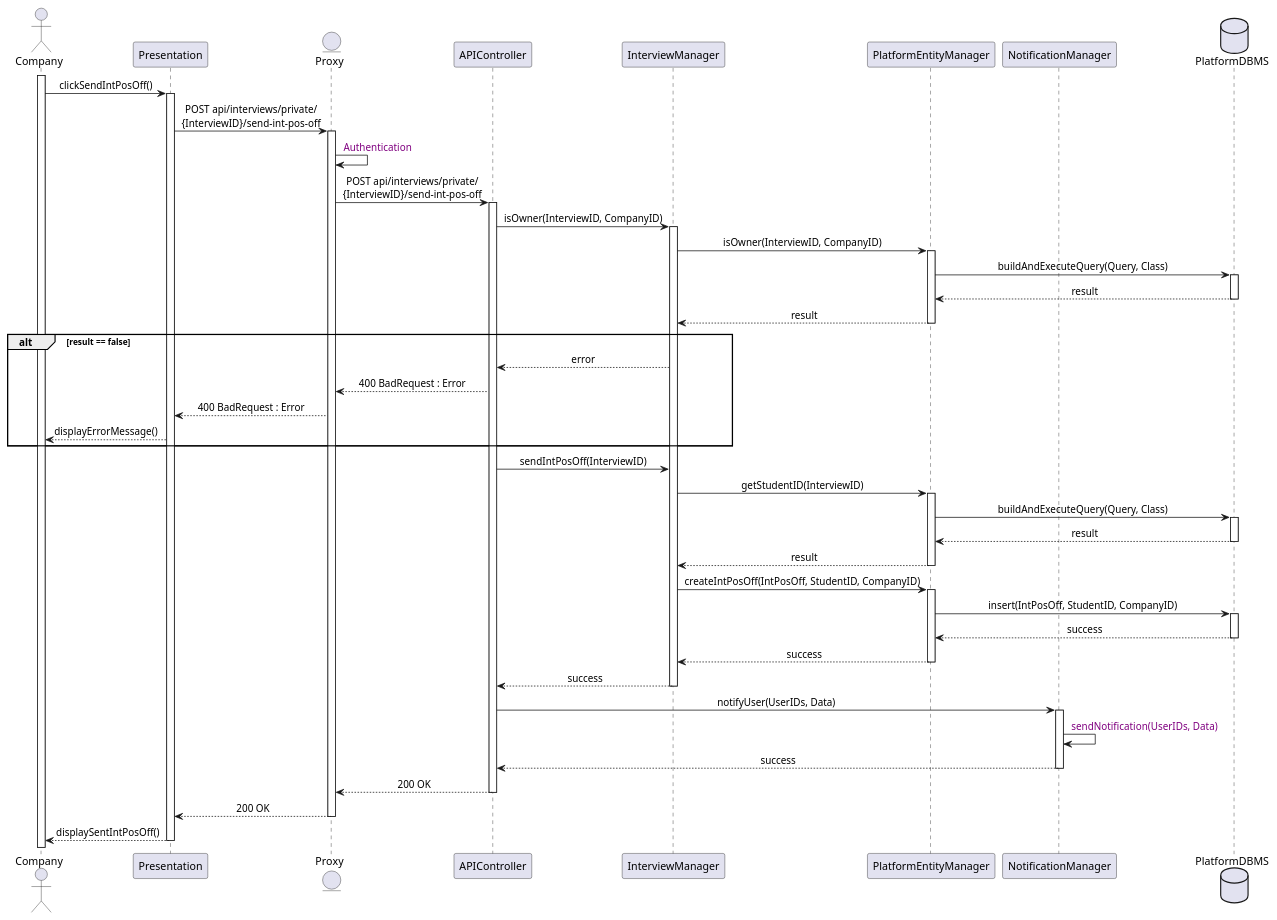
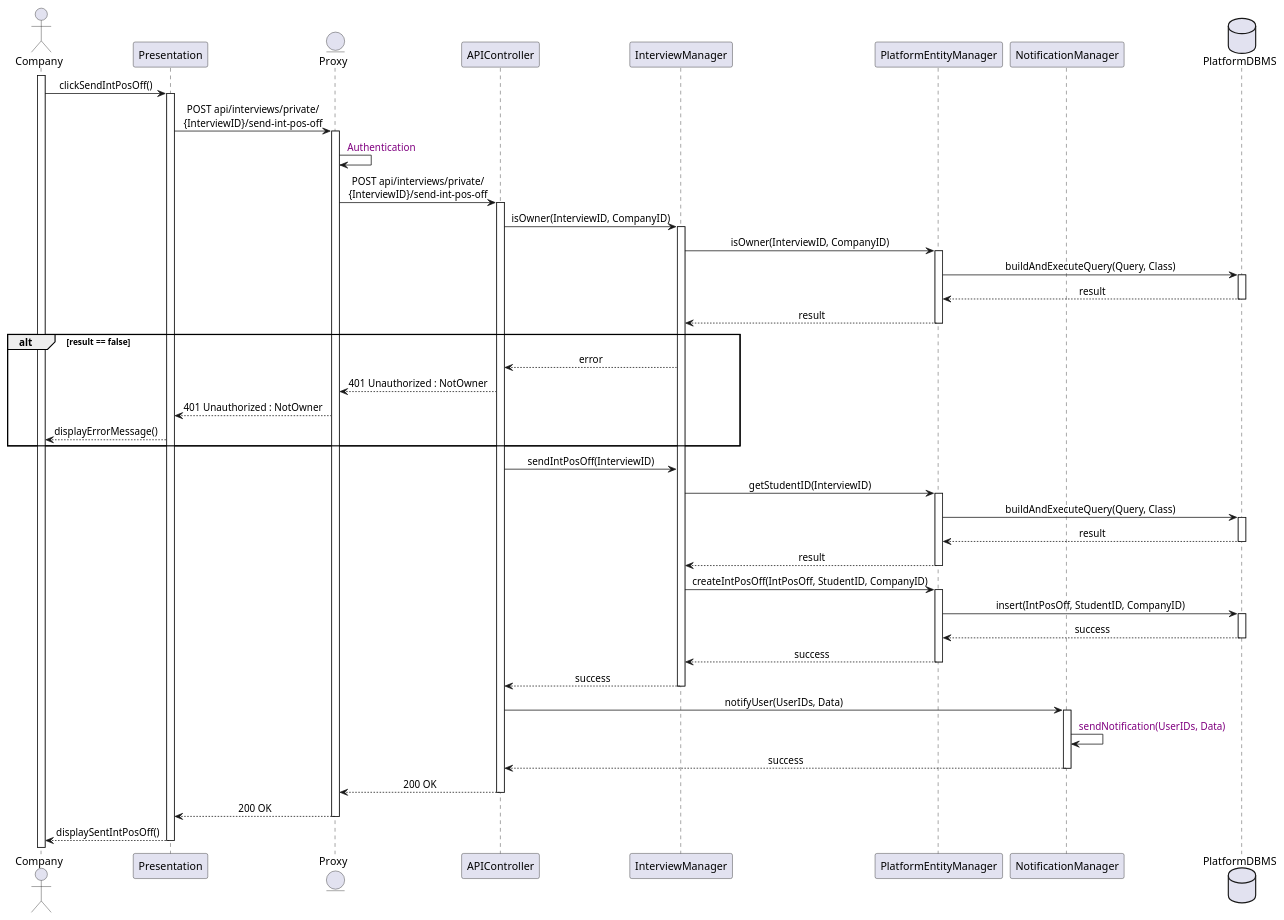
Before and after one commit to Slaitroc/RicciPaoliGrisoni: the diagram in Diagrams/SequenceDiagrams/DD/21CompanySendsIntPosOff.wsd, drawn with PlantUML.

Commit message:
Update sequence diagram for company sending internal position offer to reflect correct error status codes

```diff
--- a/Diagrams/SequenceDiagrams/DD/21CompanySendsIntPosOff.wsd
+++ b/Diagrams/SequenceDiagrams/DD/21CompanySendsIntPosOff.wsd
@@ -1,67 +1,67 @@
 @startuml
 skinparam sequenceMessageAlign center
 
 actor Company
 participant Presentation
 entity Proxy
 participant APIController
 participant InterviewManager
 participant PlatformEntityManager
 participant NotificationManager
 database PlatformDBMS
 
 activate Company
 Company -> Presentation : clickSendIntPosOff()
 activate Presentation
 Presentation -> Proxy : POST api/interviews/private/\n{InterviewID}/send-int-pos-off
 activate Proxy
 Proxy -> Proxy : <color:purple> Authentication
 Proxy -> APIController : POST api/interviews/private/\n{InterviewID}/send-int-pos-off
 activate APIController
 APIController -> InterviewManager : isOwner(InterviewID, CompanyID)
 activate InterviewManager
 InterviewManager -> PlatformEntityManager : isOwner(InterviewID, CompanyID)
 activate PlatformEntityManager
 PlatformEntityManager -> PlatformDBMS : buildAndExecuteQuery(Query, Class)
 activate PlatformDBMS
 PlatformDBMS --> PlatformEntityManager : result
 deactivate PlatformDBMS
 PlatformEntityManager --> InterviewManager : result
 deactivate PlatformEntityManager
 alt result == false
 InterviewManager --> APIController : error
-APIController --> Proxy : 400 BadRequest : Error
-Proxy --> Presentation : 400 BadRequest : Error
+APIController --> Proxy : 401 Unauthorized : NotOwner
+Proxy --> Presentation : 401 Unauthorized : NotOwner
 Presentation --> Company : displayErrorMessage()
 end
 APIController -> InterviewManager : sendIntPosOff(InterviewID)
 InterviewManager -> PlatformEntityManager : getStudentID(InterviewID)
 activate PlatformEntityManager
 PlatformEntityManager -> PlatformDBMS : buildAndExecuteQuery(Query, Class)
 activate PlatformDBMS
 PlatformDBMS --> PlatformEntityManager : result
 deactivate PlatformDBMS
 PlatformEntityManager --> InterviewManager : result
 deactivate PlatformEntityManager
 InterviewManager -> PlatformEntityManager : createIntPosOff(IntPosOff, StudentID, CompanyID)
 activate PlatformEntityManager
 PlatformEntityManager -> PlatformDBMS : insert(IntPosOff, StudentID, CompanyID)
 activate PlatformDBMS
 PlatformDBMS --> PlatformEntityManager : success
 deactivate PlatformDBMS
 PlatformEntityManager --> InterviewManager : success
 deactivate PlatformEntityManager
 InterviewManager --> APIController : success
 deactivate InterviewManager
 APIController -> NotificationManager : notifyUser(UserIDs, Data)
 activate NotificationManager
 NotificationManager -> NotificationManager : <color:purple> sendNotification(UserIDs, Data)
 NotificationManager --> APIController : success
 deactivate NotificationManager
 APIController --> Proxy : 200 OK
 deactivate APIController
 Proxy --> Presentation : 200 OK
 deactivate Proxy
 Presentation --> Company : displaySentIntPosOff()
 deactivate Presentation
 @enduml
```
